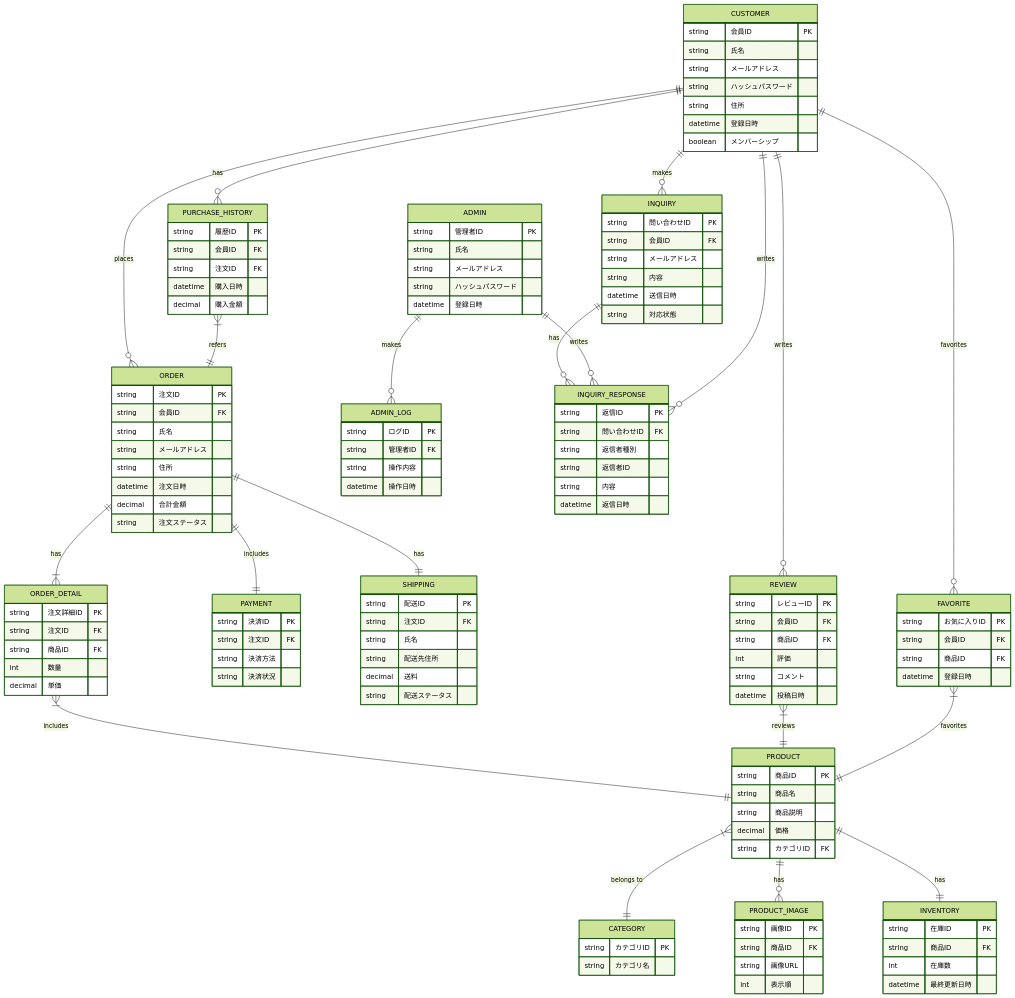
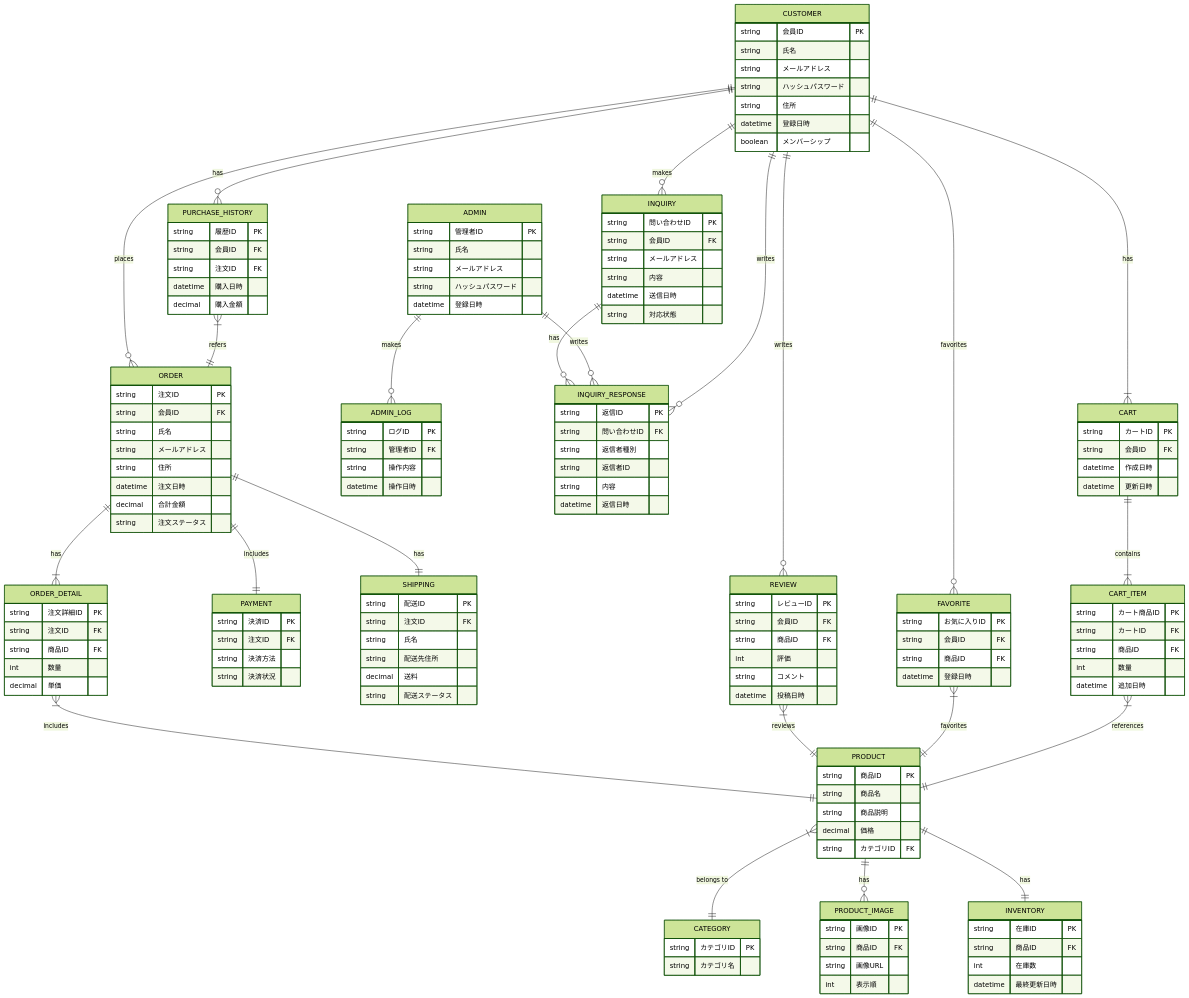
The fifth of 5 diagrams in 基本設計/各担当者ファイル/D.md (YUKlT0/Equipe), drawn with Mermaid (forest theme) before and after one commit. The commit also changed other lines of this file and 1 other file, not shown here.

```diff
--- a/基本設計/各担当者ファイル/D.md
+++ b/基本設計/各担当者ファイル/D.md
@@ -435,6 +510,10 @@
     PURCHASE_HISTORY }|--|| ORDER : "refers"
     REVIEW }|--|| PRODUCT : "reviews"
     FAVORITE }|--|| PRODUCT : "favorites"
+    
+    CUSTOMER ||--|{ CART : "has"
+    CART ||--|{ CART_ITEM : "contains"
+    CART_ITEM }|--|| PRODUCT : "references"
 
     CUSTOMER {
         string 会員ID PK
@@ -564,4 +643,19 @@
         string 内容
         datetime 返信日時
     }
+
+    CART {
+        string カートID PK
+        string 会員ID FK
+        datetime 作成日時
+        datetime 更新日時
+    }
+
+    CART_ITEM {
+        string カート商品ID PK
+        string カートID FK
+        string 商品ID FK
+        int 数量
+        datetime 追加日時
+    }
 </div>
```
